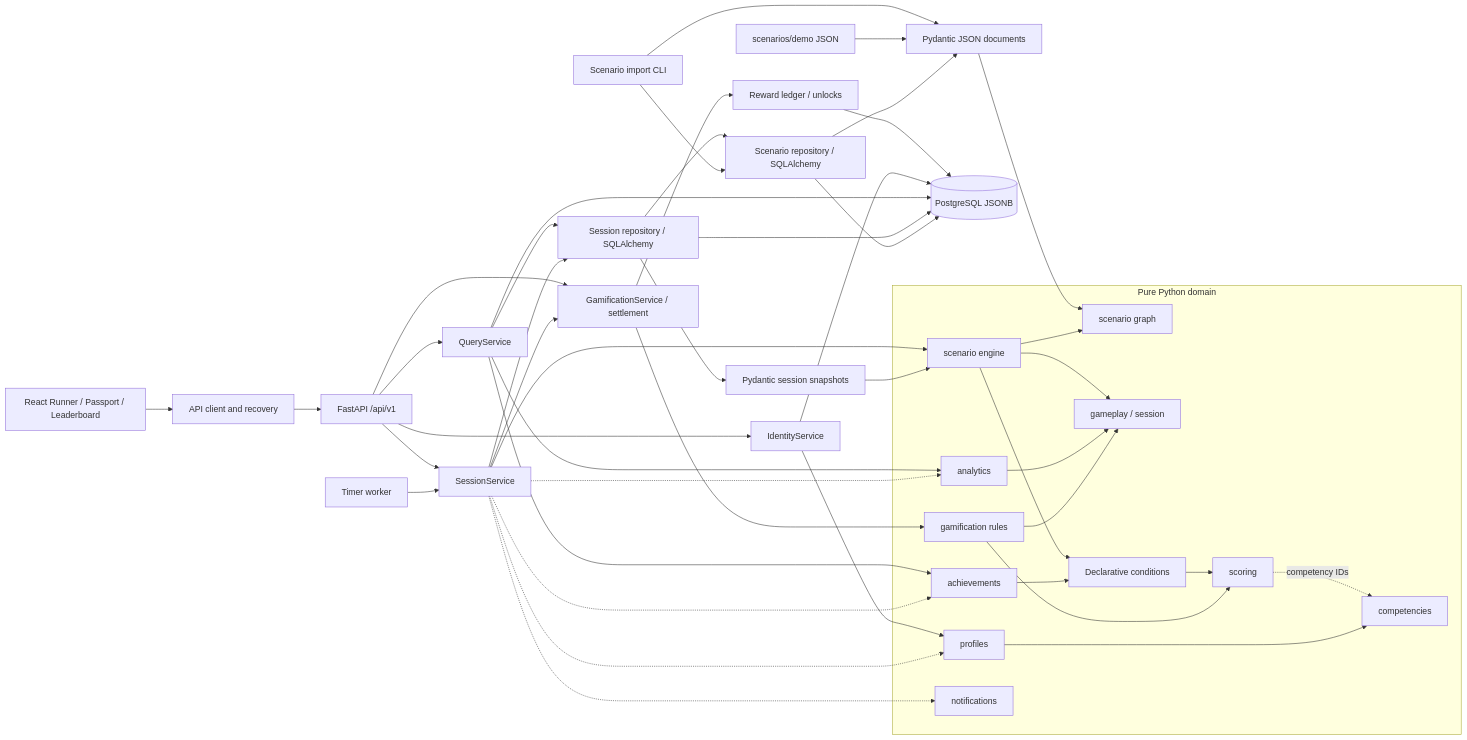
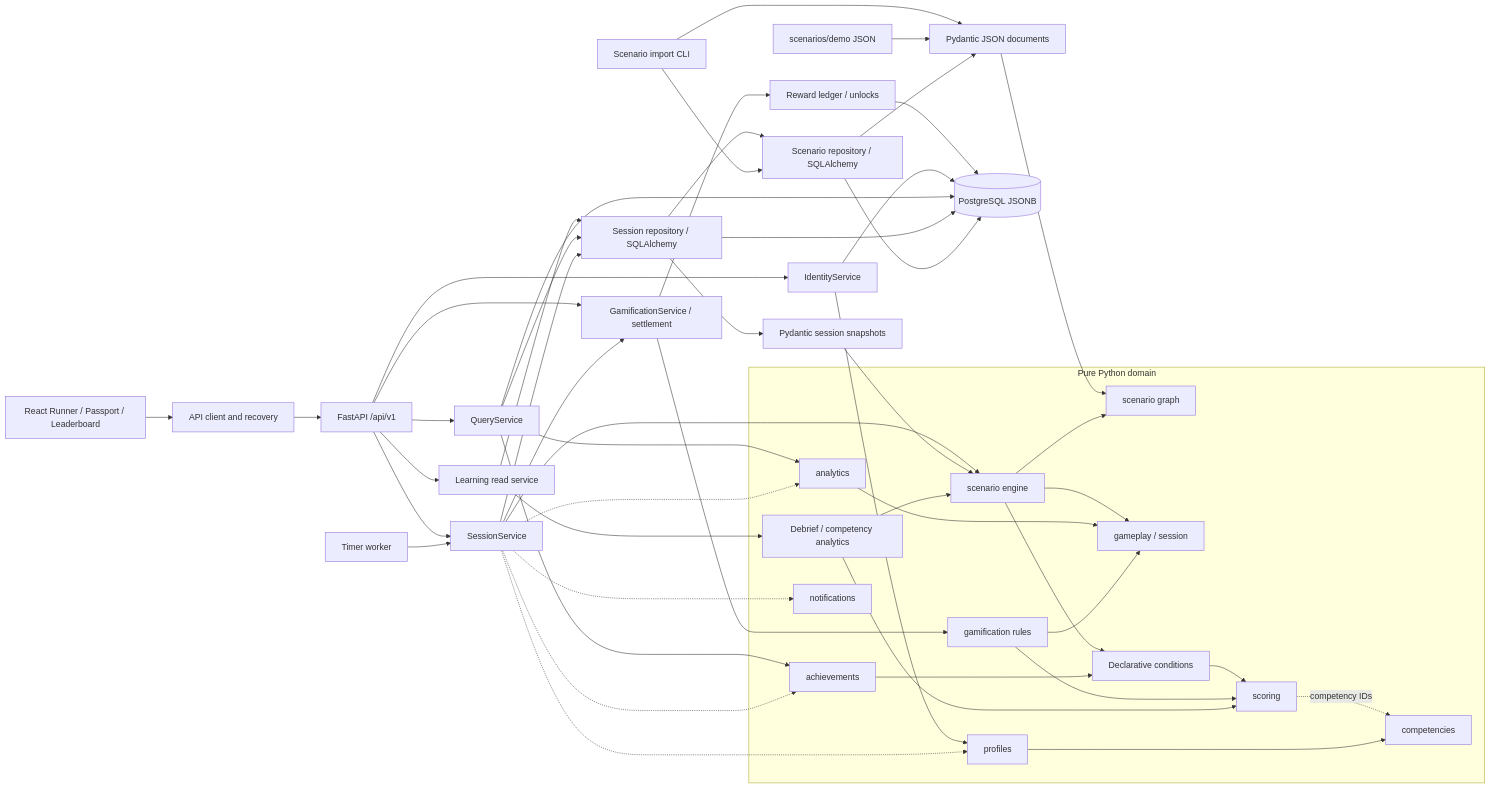
The diagram in docs/ARCHITECTURE.md (chidori31/vsm-training-platform), drawn with Mermaid before and after one commit. The commit also changed other lines of this file and 27 other files, not shown here.

Commit message:
feat: add competency analytics and debrief

````diff
--- a/docs/ARCHITECTURE.md
+++ b/docs/ARCHITECTURE.md
@@ -25,49 +26,54 @@
 ```mermaid
 flowchart LR
     React[React Runner / Passport / Leaderboard] --> Client[API client and recovery]
     Client --> API[FastAPI /api/v1]
     API --> UseCases[SessionService]
     API --> Identity[IdentityService]
     API --> Queries[QueryService]
     API --> Rewards[GamificationService / settlement]
+    API --> Learning[Learning read service]
+    Learning --> Sessions
+    Learning --> Debrief[Debrief / competency analytics]
     UseCases --> Rewards
     Rewards --> Facts[Reward ledger / unlocks]
     Rewards --> Gamification[gamification rules]
     Facts --> PG
     Identity --> Profiles
     Identity --> PG
     Queries --> Sessions
     Queries --> Analytics
     Queries --> Achievements
     Queries --> PG
     Worker[Timer worker] --> UseCases
     UseCases --> Engine[scenario engine]
     UseCases --> Sessions[Session repository / SQLAlchemy]
     Sessions --> Snapshots[Pydantic session snapshots]
     Sessions --> SQL[Scenario repository / SQLAlchemy]
     Sessions --> PG[(PostgreSQL JSONB)]
     CLI[Scenario import CLI] --> Documents[Pydantic JSON documents]
     Files[scenarios/demo JSON] --> Documents
     CLI --> SQL
     SQL --> Documents
     SQL --> PG
     Documents --> Graph[scenario graph]
     Snapshots --> Engine
     subgraph Domain[Pure Python domain]
         Engine --> Gameplay[gameplay / session]
         Engine --> Graph
         Engine --> Rules[Declarative conditions]
         Rules --> Scoring[scoring]
         Scoring -. competency IDs .-> Competencies[competencies]
         Profiles[profiles] --> Competencies
         Achievements[achievements] --> Rules
         Notifications[notifications]
         Analytics[analytics] --> Gameplay
         Gamification --> Gameplay
         Gamification --> Scoring
+        Debrief --> Engine
+        Debrief --> Scoring
     end
     UseCases -.-> Profiles
     UseCases -.-> Achievements
     UseCases -.-> Notifications
     UseCases -.-> Analytics
 ```
````
